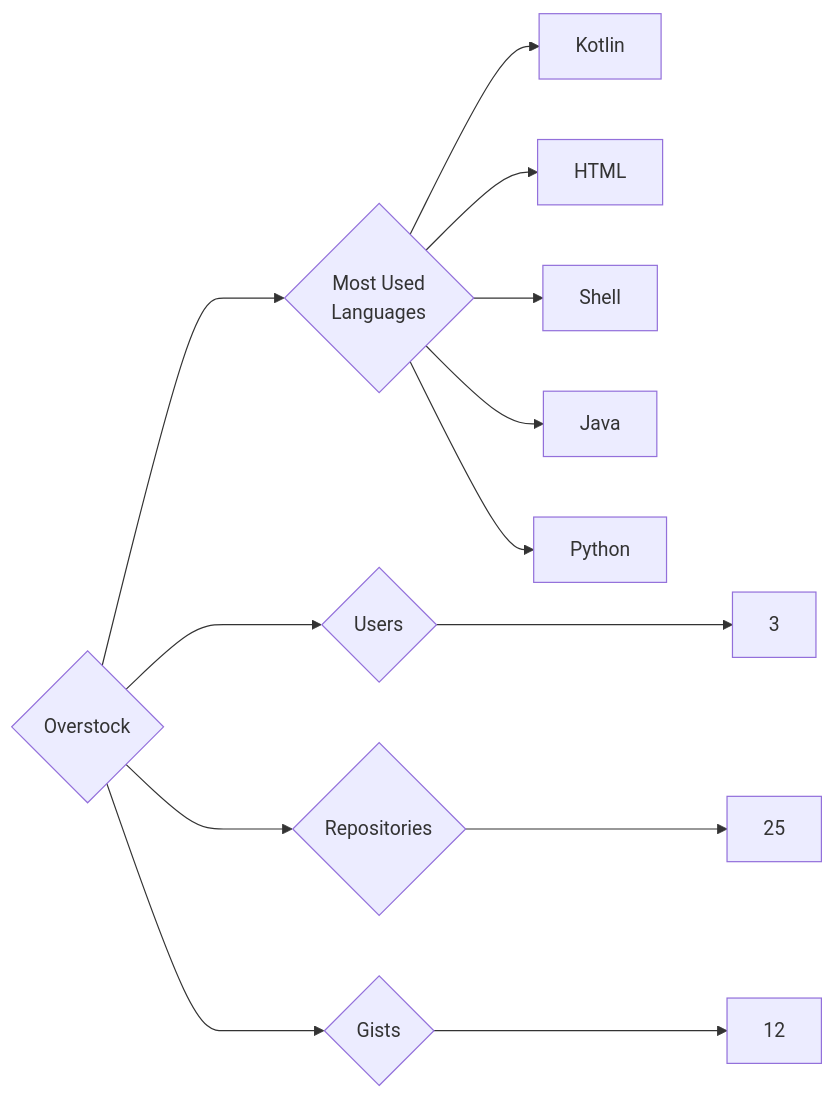
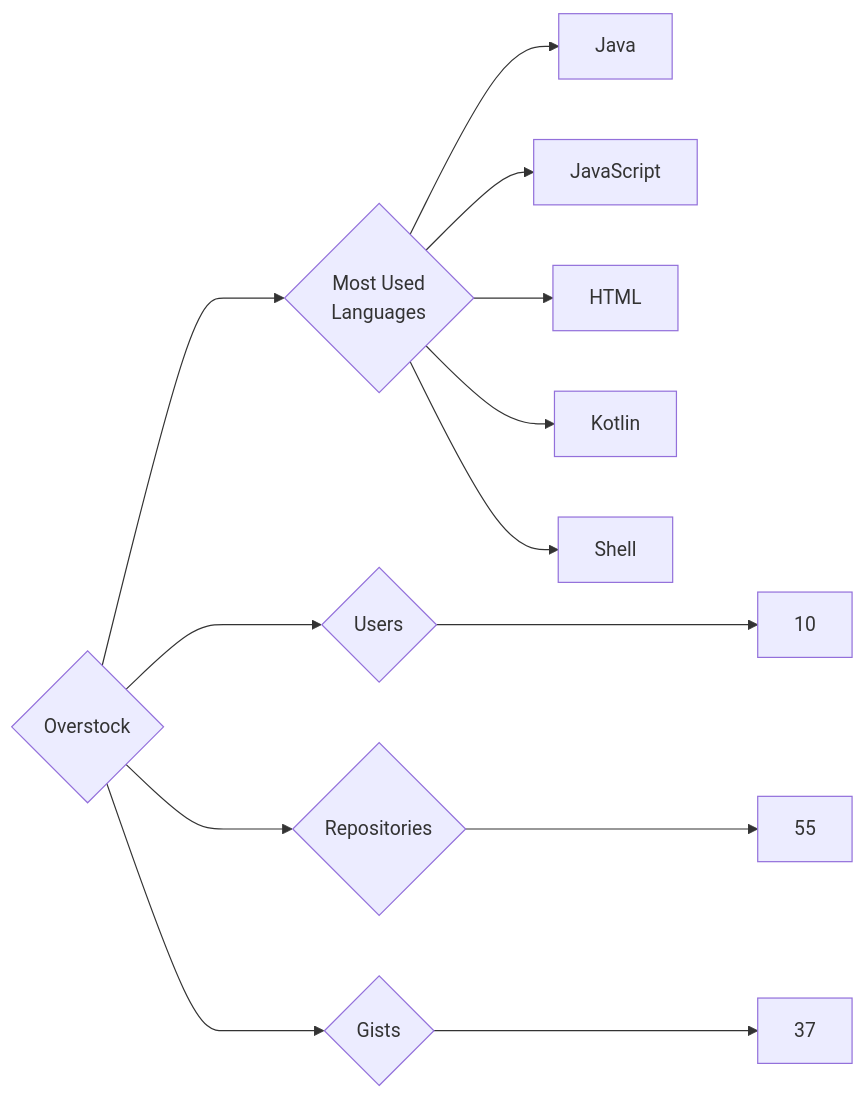
The diagram in targets/Overstock/README.md (trickest/insiders), drawn with Mermaid before and after one commit. The commit also changed 1696 other files, not shown here.

````diff
--- a/targets/Overstock/README.md
+++ b/targets/Overstock/README.md
@@ -3,13 +3,13 @@
 ```mermaid
 graph LR
 COMPANY_NAME{Overstock}
-COMPANY_NAME ---> U{Users} ---> UN[3]
-COMPANY_NAME ---> R{Repositories} ---> RN[25]
-COMPANY_NAME ---> G{Gists} ---> GN[12]
+COMPANY_NAME ---> U{Users} ---> UN[10]
+COMPANY_NAME ---> R{Repositories} ---> RN[55]
+COMPANY_NAME ---> G{Gists} ---> GN[37]
 COMPANY_NAME ---> ML{Most Used<br>Languages}
+ML --> Java[Java]
+ML --> JavaScript[JavaScript]
+ML --> HTML[HTML]
 ML --> Kotlin[Kotlin]
-ML --> HTML[HTML]
 ML --> Shell[Shell]
-ML --> Java[Java]
-ML --> Python[Python]
 ```
````
